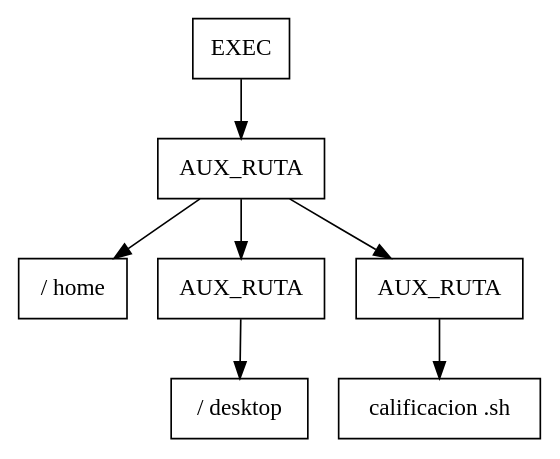
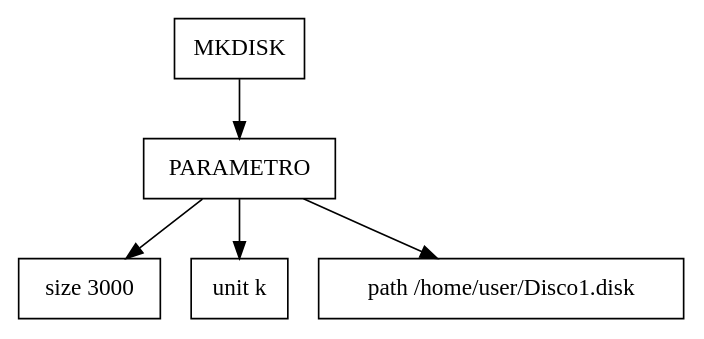
Before and after one commit to raulxiloj/FileSystem_1: the diagram in build-FileSystem_1-Desktop_Qt_5_12_1_GCC_64bit-Debug/temp.dot, drawn with Graphviz. The commit also changed 13 other files, not shown here.

Commit message:
Se modificaron los siguientes archivos Lexico.l y Sintactico.y Flex: Se creo una expresion regular para la ruta Bison: Se elimino el no terminal RUTA y AUX_RUTA Esto con el objetivo de hacerlo mas sencillo y mas eficiente

```diff
--- a/build-FileSystem_1-Desktop_Qt_5_12_1_GCC_64bit-Debug/temp.dot
+++ b/build-FileSystem_1-Desktop_Qt_5_12_1_GCC_64bit-Debug/temp.dot
@@ -1,16 +1,12 @@
 digraph G{
 node [shape="box"]
-NodoAST0[label="EXEC"];
-NodoAST1[label= "AUX_RUTA "];
+NodoAST0[label="MKDISK"];
+NodoAST1[label= "PARAMETRO "];
 NodoAST0->NodoAST1;
-NodoAST2[label= "/ home"];
+NodoAST2[label= "size 3000"];
 NodoAST1->NodoAST2;
-NodoAST3[label= "AUX_RUTA "];
+NodoAST3[label= "unit k"];
 NodoAST1->NodoAST3;
-NodoAST4[label= "/ desktop"];
-NodoAST3->NodoAST4;
-NodoAST5[label= "AUX_RUTA "];
-NodoAST1->NodoAST5;
-NodoAST6[label= "calificacion .sh"];
-NodoAST5->NodoAST6;
+NodoAST4[label= "path /home/user/Disco1.disk"];
+NodoAST1->NodoAST4;
 }
```
